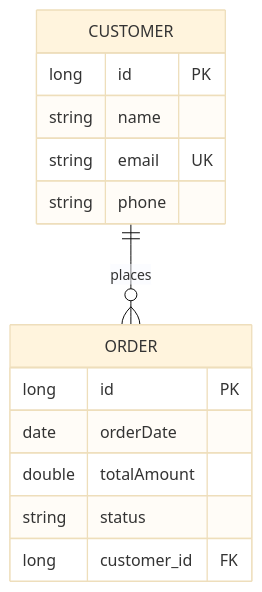
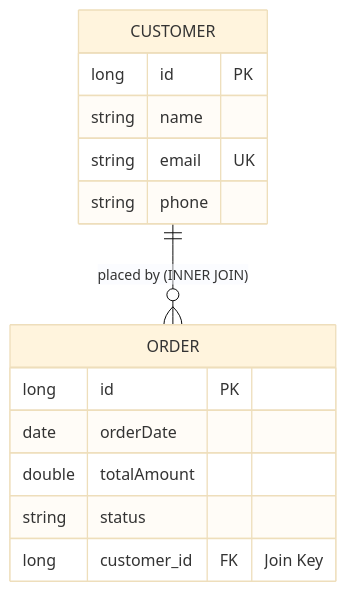
The diagram in README.md (SmitRupani/Customer-Order-SpringBoot), drawn with Mermaid (base theme) before and after one commit.

Commit message:
docs: highlight inner join in ER diagram

````diff
--- a/README.md
+++ b/README.md
@@ -13,17 +13,17 @@
 ```mermaid
 erDiagram
     CUSTOMER {
         long id PK
         string name
         string email UK
         string phone
     }
+    CUSTOMER ||--o{ ORDER : "placed by (INNER JOIN)"
     ORDER {
         long id PK
         date orderDate
         double totalAmount
         string status
-        long customer_id FK
+        long customer_id FK "Join Key"
     }
-    CUSTOMER ||--o{ ORDER : "places"
 ```
````
